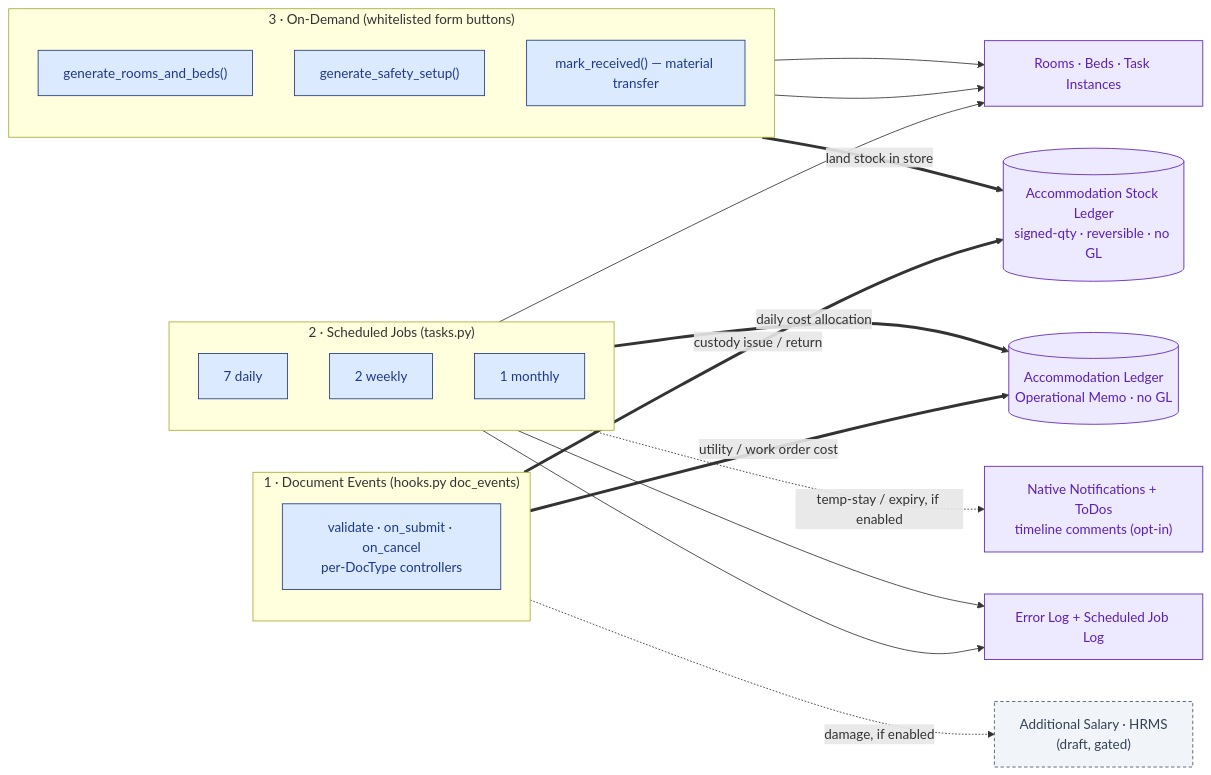
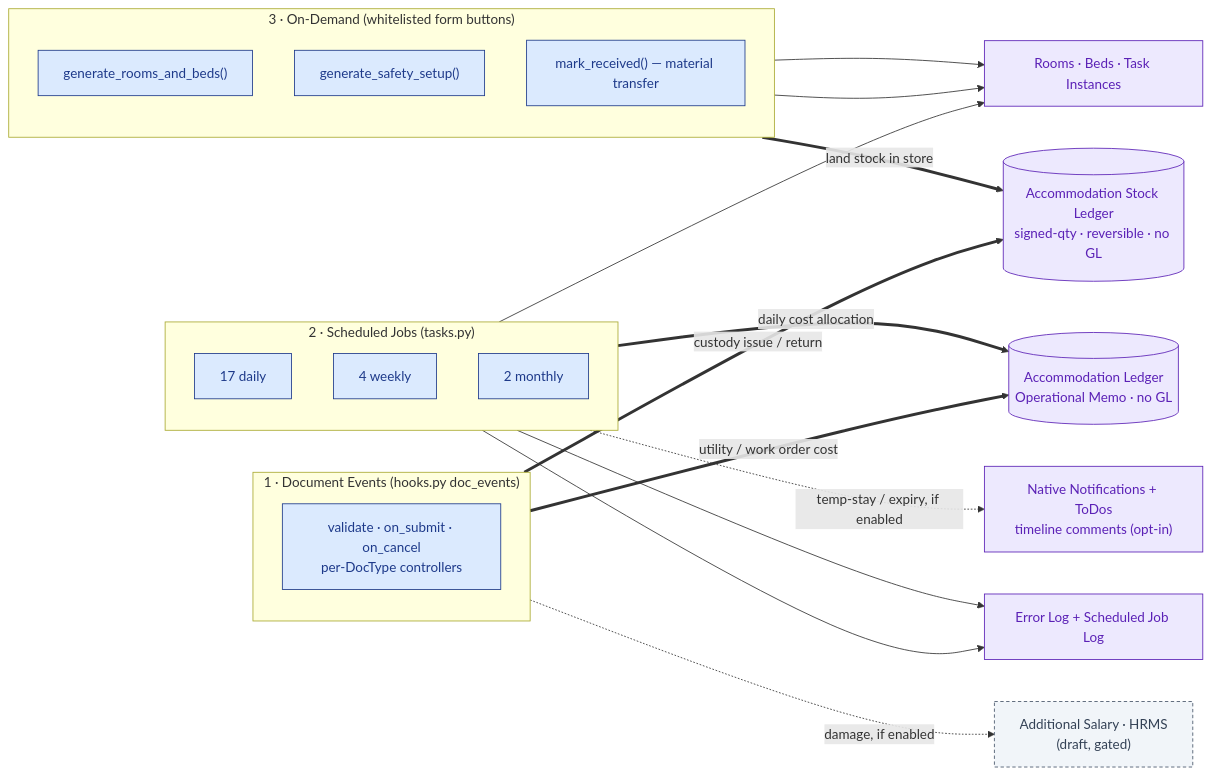
One commit to iabodysa/apex changed the third of 6 diagrams in README.md. Above: the diagram before and after it, drawn with Mermaid. The commit also changed other lines of this file, not shown here.

First line of the commit message:
docs: document all three modules with diagrams and correct the scheduled-job counts

````diff
--- a/README.md
+++ b/README.md
@@ -87,44 +134,44 @@
 ```mermaid
 flowchart LR
     subgraph DocEvents ["1 · Document Events (hooks.py doc_events)"]
         direction TB
         D1["validate · on_submit · on_cancel<br/>per-DocType controllers"]:::engine
     end
 
     subgraph Scheduler ["2 · Scheduled Jobs (tasks.py)"]
         direction TB
-        S1["7 daily"]:::engine
-        S2["2 weekly"]:::engine
-        S3["1 monthly"]:::engine
+        S1["17 daily"]:::engine
+        S2["4 weekly"]:::engine
+        S3["2 monthly"]:::engine
     end
 
     subgraph OnDemand ["3 · On-Demand (whitelisted form buttons)"]
         direction TB
         O1["generate_rooms_and_beds()"]:::engine
         O2["generate_safety_setup()"]:::engine
         O3["mark_received() — material transfer"]:::engine
     end
 
     Ledger[("Accommodation Ledger<br/>Operational Memo · no GL")]:::sink
     Stock[("Accommodation Stock Ledger<br/>signed-qty · reversible · no GL")]:::sink
     Native["Native Notifications + ToDos<br/>timeline comments (opt-in)"]:::sink
     AddSal["Additional Salary · HRMS<br/>(draft, gated)"]:::ext
     Log["Error Log + Scheduled Job Log"]:::sink
     Made["Rooms · Beds · Task Instances"]:::sink
 
     D1 == "utility / work order cost" ==> Ledger
     D1 == "custody issue / return" ==> Stock
     D1 -. "damage, if enabled" .-> AddSal
     S1 == "daily cost allocation" ==> Ledger
     S1 -. "temp-stay / expiry, if enabled" .-> Native
     S1 --> Made
     S2 --> Log
     S3 --> Log
     O1 --> Made
     O2 --> Made
     O3 == "land stock in store" ==> Stock
 
     classDef engine fill:#dbeafe,stroke:#1e3a8a,color:#1e3a8a;
     classDef sink fill:#ede9fe,stroke:#5b21b6,color:#5b21b6;
     classDef ext fill:#f1f5f9,stroke:#475569,color:#334155,stroke-dasharray:4 3;
 ```
````
